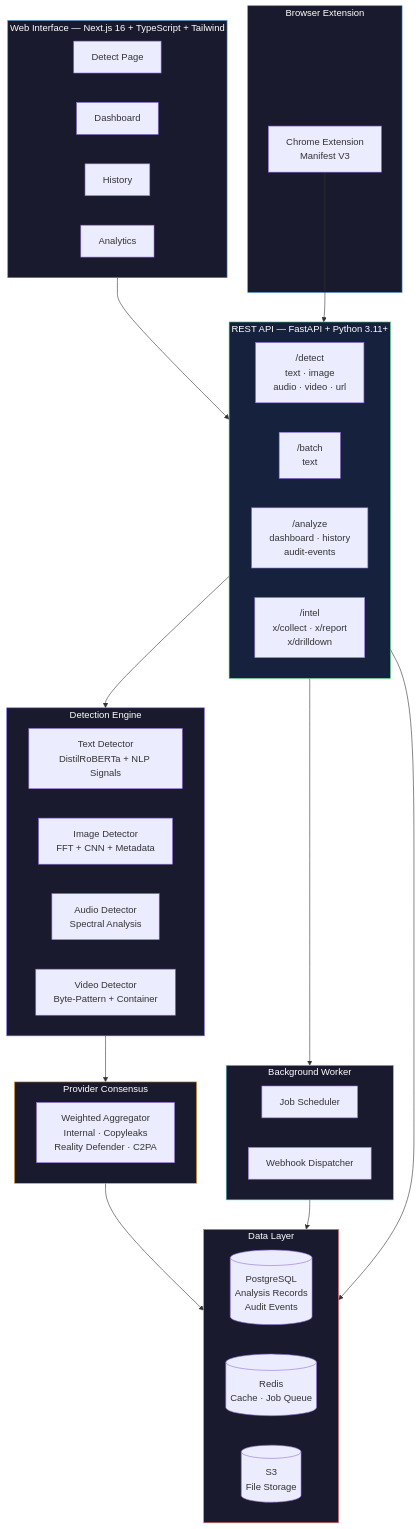
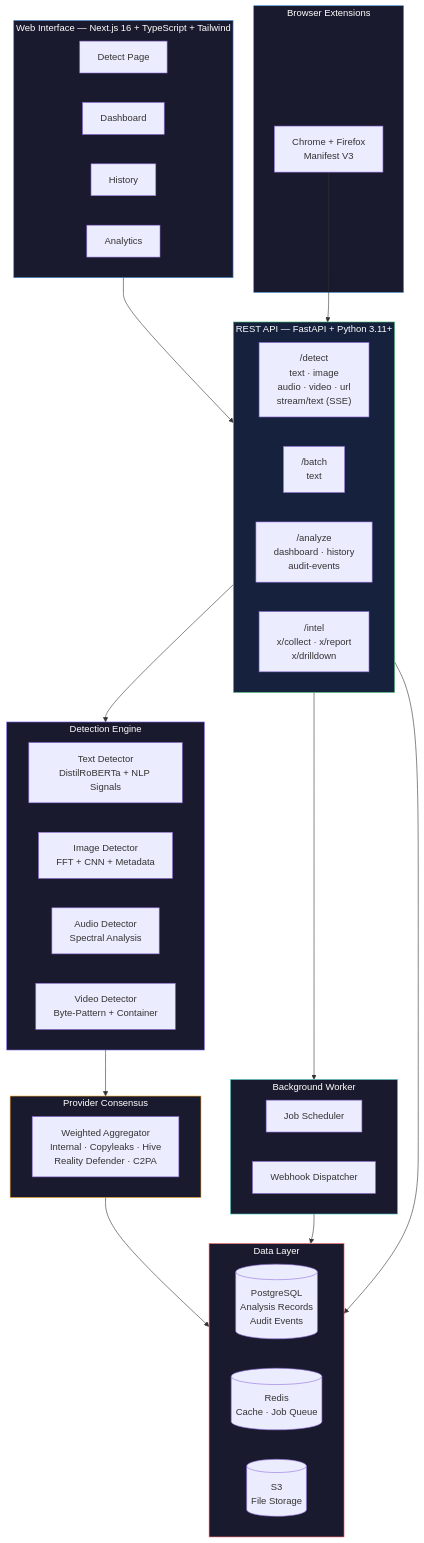
One commit to ogulcanaydogan/AI-Provenance-Tracker changed the eighth of 8 diagrams in README.md. Above: the diagram before and after it, drawn with Mermaid. The commit also changed other lines of this file and 30 other files, not shown here.

Commit message:
Add streaming detection, Hive provider, and Firefox extension

````diff
--- a/README.md
+++ b/README.md
@@ -331,60 +342,60 @@
 ```mermaid
 graph TB
     subgraph Frontend ["Web Interface — Next.js 16 + TypeScript + Tailwind"]
         FE1[Detect Page]
         FE2[Dashboard]
         FE3[History]
         FE4[Analytics]
     end
 
-    subgraph Extension ["Browser Extension"]
-        EXT[Chrome Extension<br/>Manifest V3]
+    subgraph Extension ["Browser Extensions"]
+        EXT[Chrome + Firefox<br/>Manifest V3]
     end
 
     subgraph API ["REST API — FastAPI + Python 3.11+"]
         direction LR
-        EP1["/detect<br/>text · image<br/>audio · video · url"]
+        EP1["/detect<br/>text · image<br/>audio · video · url<br/>stream/text (SSE)"]
         EP2["/batch<br/>text"]
         EP3["/analyze<br/>dashboard · history<br/>audit-events"]
         EP4["/intel<br/>x/collect · x/report<br/>x/drilldown"]
     end
 
     subgraph Worker ["Background Worker"]
         W1[Job Scheduler]
         W2[Webhook Dispatcher]
     end
 
     subgraph Detectors ["Detection Engine"]
         DT["Text Detector<br/>DistilRoBERTa + NLP Signals"]
         DI["Image Detector<br/>FFT + CNN + Metadata"]
         DA["Audio Detector<br/>Spectral Analysis"]
         DV["Video Detector<br/>Byte-Pattern + Container"]
     end
 
     subgraph Consensus ["Provider Consensus"]
-        PC["Weighted Aggregator<br/>Internal · Copyleaks<br/>Reality Defender · C2PA"]
+        PC["Weighted Aggregator<br/>Internal · Copyleaks · Hive<br/>Reality Defender · C2PA"]
     end
 
     subgraph Data ["Data Layer"]
         PG[(PostgreSQL<br/>Analysis Records<br/>Audit Events)]
         RD[(Redis<br/>Cache · Job Queue)]
         S3[(S3<br/>File Storage)]
     end
 
     Frontend --> API
     EXT --> API
     API --> Detectors
     API --> Worker
     Detectors --> Consensus
     Consensus --> Data
     Worker --> Data
     API --> Data
 
     style Frontend fill:#1a1a2e,stroke:#4A90D9,color:#fff
     style API fill:#16213e,stroke:#50C878,color:#fff
     style Detectors fill:#1a1a2e,stroke:#7B68EE,color:#fff
     style Consensus fill:#1a1a2e,stroke:#F5A623,color:#fff
     style Data fill:#1a1a2e,stroke:#FF6B6B,color:#fff
     style Worker fill:#1a1a2e,stroke:#4ECDC4,color:#fff
     style Extension fill:#1a1a2e,stroke:#4A90D9,color:#fff
 ```
````
